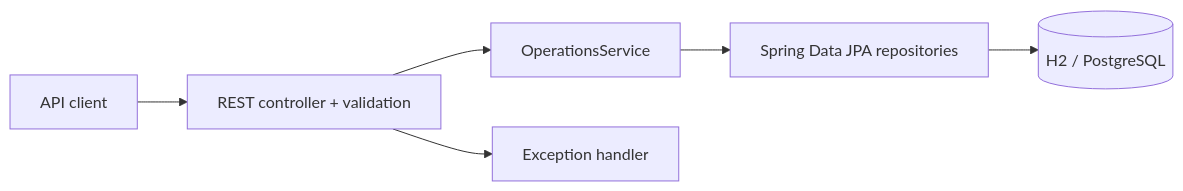
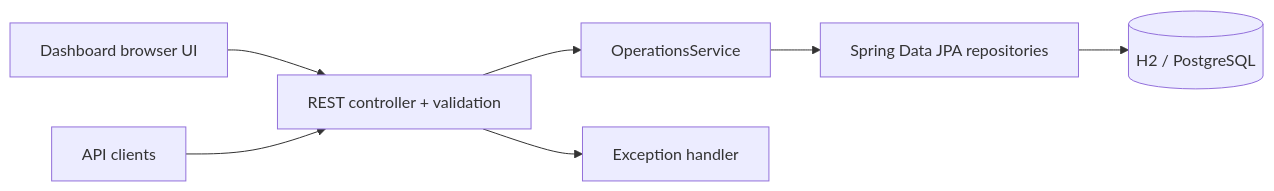
The diagram in README.md (brovy23-GD/Opspulse-Java), drawn with Mermaid before and after one commit. The commit also changed other lines of this file and 7 other files, not shown here.

````diff
--- a/README.md
+++ b/README.md
@@ -41,8 +50,9 @@
 ```mermaid
 flowchart LR
-  Client[API client] --> Controller[REST controller + validation]
+  Browser[Dashboard browser UI] --> Controller[REST controller + validation]
+  Client[API clients] --> Controller
   Controller --> Logic[OperationsService]
   Logic --> Persistence[Spring Data JPA repositories]
   Persistence --> Database[(H2 / PostgreSQL)]
   Controller --> Errors[Exception handler]
 ```
````
